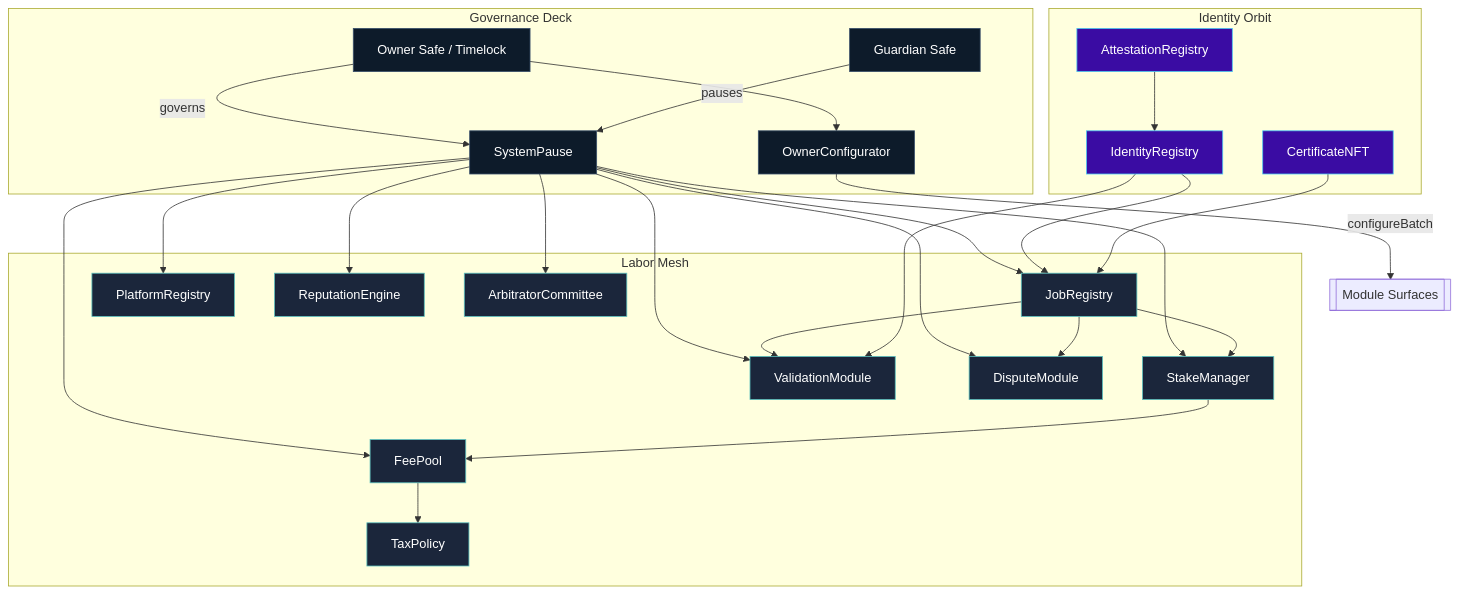
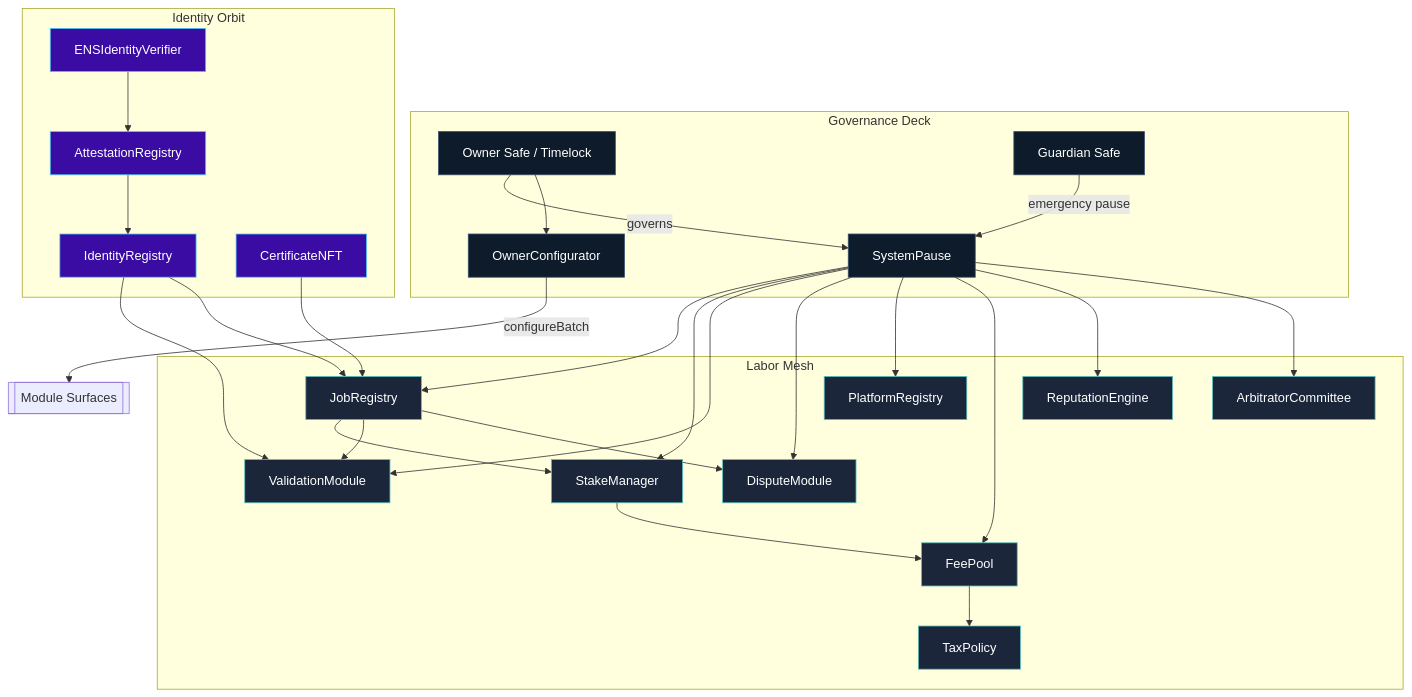
Before and after one commit to MontrealAI/agijobs-sovereign-labor-v0p1: the first of 5 diagrams in README.md, drawn with Mermaid. The commit also changed other lines of this file and 1 other file, not shown here.

````diff
--- a/README.md
+++ b/README.md
@@ -42,47 +47,49 @@
 ```mermaid
 flowchart TB
     subgraph Governance Deck
         owner[Owner Safe / Timelock]
         guardian[Guardian Safe]
         configurator[OwnerConfigurator]
         pause[SystemPause]
     end
     subgraph Labor Mesh
         job[JobRegistry]
         stake[StakeManager]
         validate[ValidationModule]
         dispute[DisputeModule]
         platform[PlatformRegistry]
         fee[FeePool]
         rep[ReputationEngine]
         arb[ArbitratorCommittee]
         tax[TaxPolicy]
     end
     subgraph Identity Orbit
         id[IdentityRegistry]
         att[AttestationRegistry]
         cert[CertificateNFT]
+        ens[ENSIdentityVerifier]
     end
 
     owner -->|governs| pause
-    guardian -->|pauses| pause
+    guardian -->|emergency pause| pause
     owner --> configurator
     configurator -->|configureBatch| laborMesh[[Module Surfaces]]
     pause --> job & stake & validate & dispute & platform & fee & rep & arb
     job --> stake
     job --> validate
     job --> dispute
     stake --> fee
     fee --> tax
     id --> validate
     id --> job
     att --> id
     cert --> job
+    ens --> att
 
     classDef deck fill:#0d1b2a,stroke:#3a506b,color:#fff;
     classDef mesh fill:#1b263b,stroke:#5bc0be,color:#fff;
     classDef orbit fill:#3a0ca3,stroke:#4cc9f0,color:#fff;
     class owner,guardian,configurator,pause deck;
     class job,stake,validate,dispute,platform,fee,rep,arb,tax mesh;
-    class id,att,cert orbit;
+    class id,att,cert,ens orbit;
 ```
````
